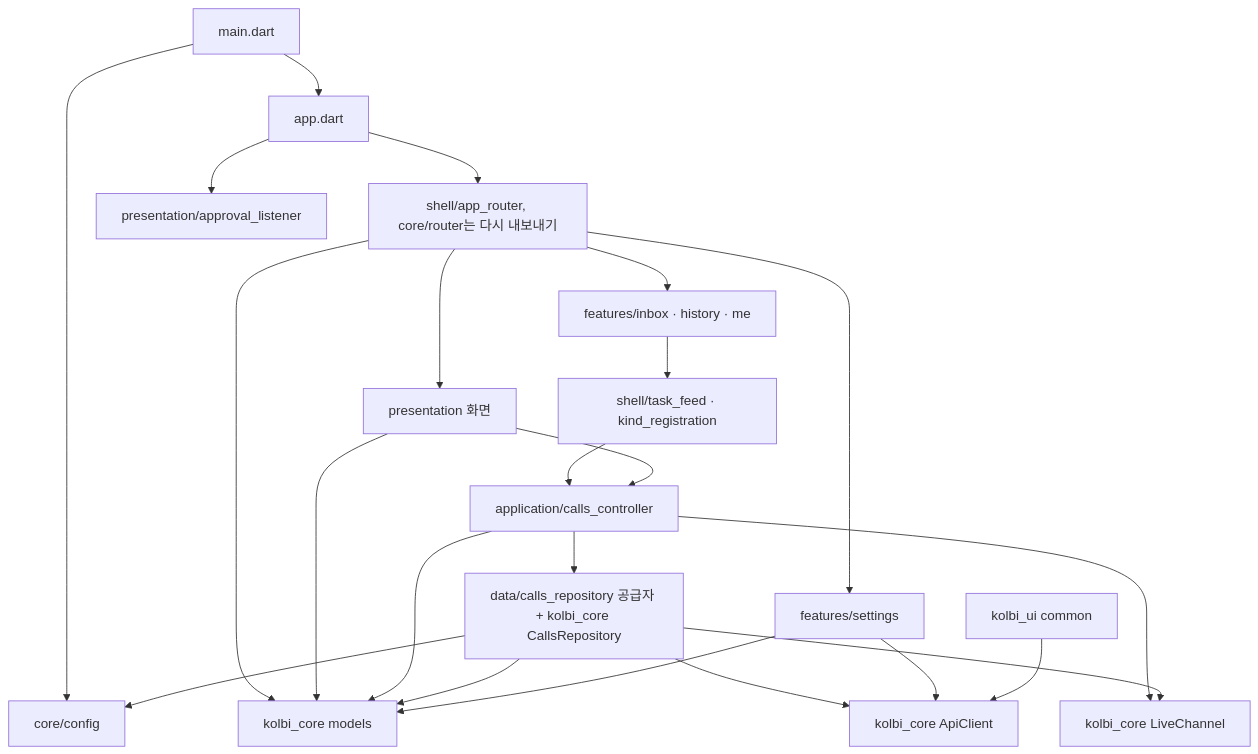
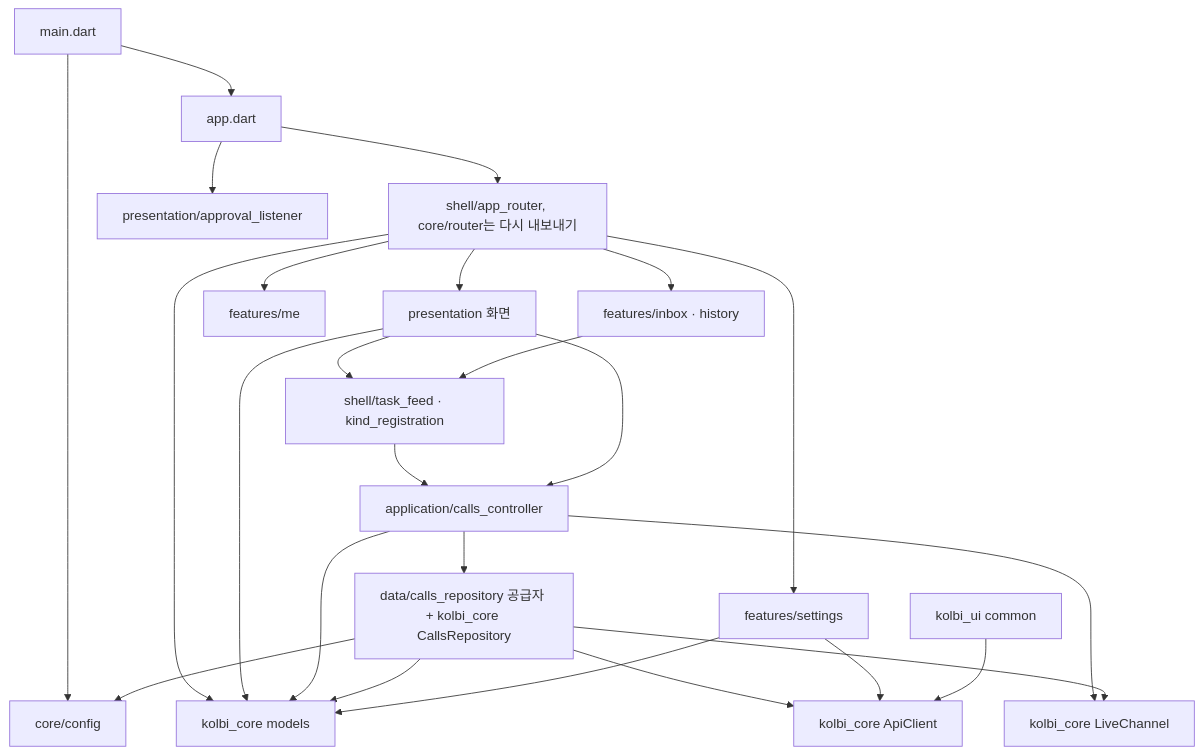
Before and after one commit to Jason8117/jason-danmuzi: the second of 2 diagrams in .moai/project/codemaps/dependencies.md, drawn with Mermaid. The commit also changed 6 other files, not shown here.

````diff
--- a/.moai/project/codemaps/dependencies.md
+++ b/.moai/project/codemaps/dependencies.md
@@ -93,25 +93,27 @@
 ```mermaid
 flowchart TD
   main[main.dart] --> appd[app.dart]
   main --> settings[core/config]
   appd --> router[shell/app_router, core/router는 다시 내보내기]
   appd --> listener[presentation/approval_listener]
   router --> screens[presentation 화면]
-  router --> tabs[features/inbox · history · me]
+  router --> tabs[features/inbox · history]
+  router --> me[features/me]
+  screens --> feed
   router --> settingsScreen[features/settings]
   router --> models[kolbi_core models]
   tabs --> feed[shell/task_feed · kind_registration]
   feed --> controller
   screens --> controller[application/calls_controller]
   screens --> models
   controller --> repo[data/calls_repository 공급자 + kolbi_core CallsRepository]
   controller --> live[kolbi_core LiveChannel]
   controller --> models
   repo --> api[kolbi_core ApiClient]
   repo --> live
   repo --> settings
   repo --> models
   settingsScreen --> api
   settingsScreen --> models
   widgetsCommon[kolbi_ui common] --> api
 ```
````
